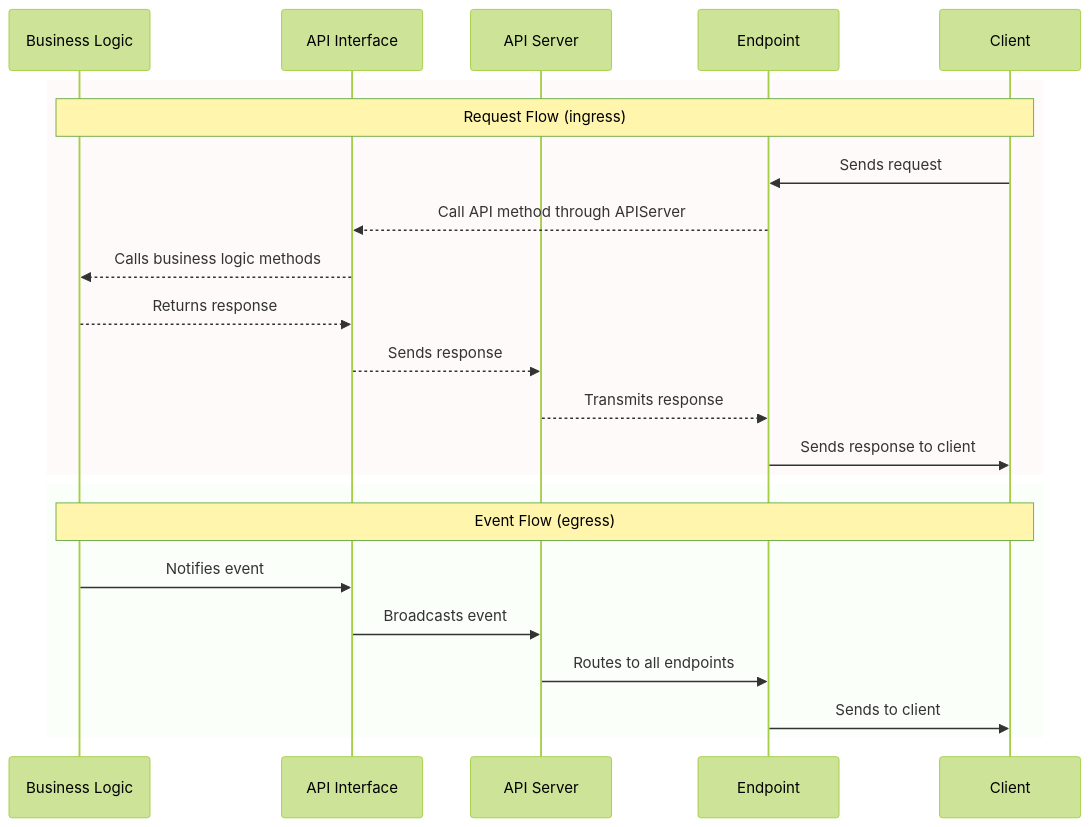
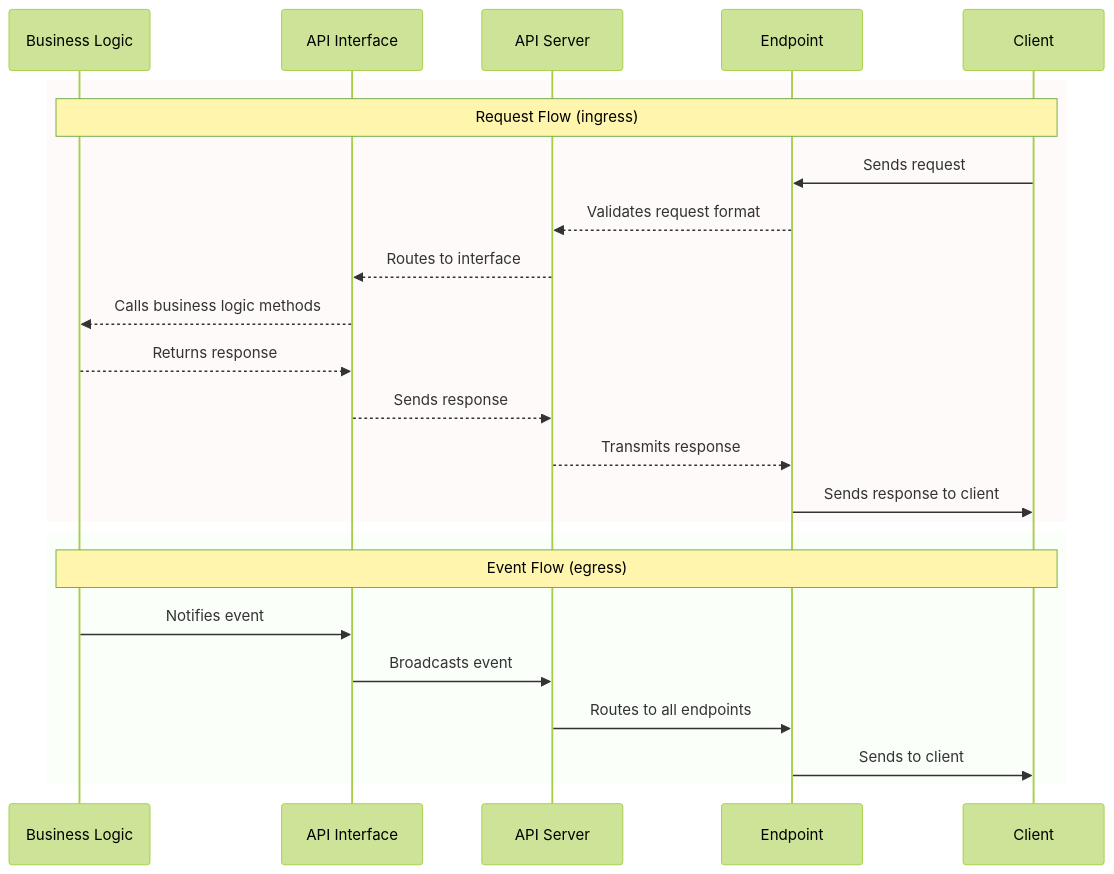
The second of 2 diagrams in lib/APIServer/README.md (pierrejay/esp32-wifi-api-dev), drawn with Mermaid (forest theme) before and after one commit. The commit also changed other lines of this file, not shown here.

Commit message:
Update APIServer docs

````diff
--- a/lib/APIServer/README.md
+++ b/lib/APIServer/README.md
@@ -90,27 +90,28 @@
 ```mermaid
 sequenceDiagram
     participant BL as Business Logic
     participant API as API Interface
     participant AS as API Server
     participant EP as Endpoint
     participant CL as Client
 
     rect rgba(255, 200, 200, 0.1)
     Note over CL,BL: Request Flow (ingress)
     CL->>EP: Sends request
-    EP-->>API: Call API method through APIServer
+    EP-->>AS: Validates request format
+    AS-->>API: Routes to interface
     API-->>BL: Calls business logic methods
     BL-->>API: Returns response
     API-->>AS: Sends response
     AS-->>EP: Transmits response
     EP->>CL: Sends response to client
     end
 
     rect rgba(200, 255, 200, 0.1)
     Note over BL,CL: Event Flow (egress)
     BL->>API: Notifies event
     API->>AS: Broadcasts event
     AS->>EP: Routes to all endpoints
     EP->>CL: Sends to client
     end
 ```
````
